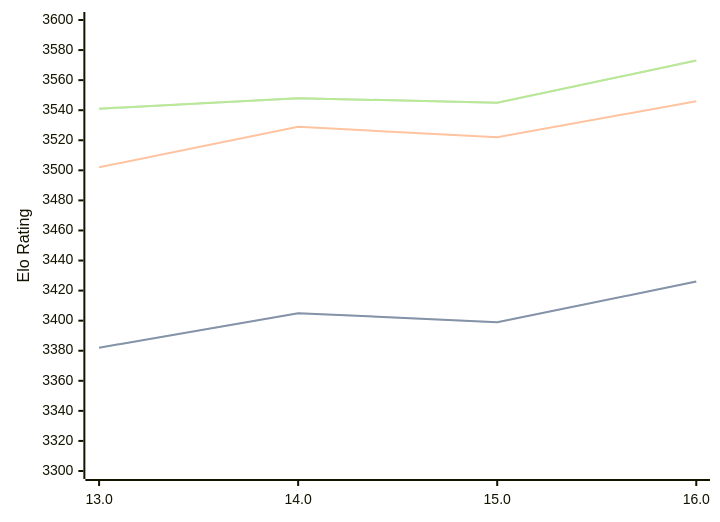
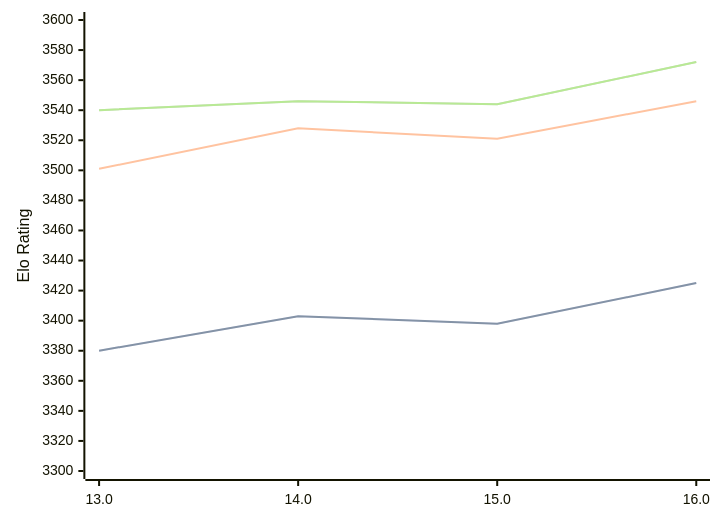
One commit to computer-chess-index/cci changed the diagram in engines/Obsidian.md. Above: the diagram before and after it, drawn with Mermaid. The commit also changed other lines of this file, not shown here.

Commit message:
Update CCI Ratings (ELO VLTC) - 2026-08-04

````diff
--- a/engines/Obsidian.md
+++ b/engines/Obsidian.md
@@ -43,11 +43,11 @@
 ```mermaid
 %%{init: {"theme":"base","themeVariables":{"seriesColors:['#a3a3a3','#222221','#faa371']}}}%%
 xychart-beta
   x-axis ["13.0", "14.0", "15.0", "16.0"]
   y-axis "Elo Rating" 3300 --> 3600
-  line "STC (8.0+0.08s)" [3382, 3405, 3399, 3426]
-  line "STC (8.0+0.08s)" [3382, 3405, 3399, 3426]
-  line "LTC (60.0+0.60s)" [3502, 3529, 3522, 3546]
-  line "VLTC (2m24s+1.12s)" [3541, 3548, 3545, 3573]
-  line "VLTC (2m24s+1.12s)" [3541, 3548, 3545, 3573]
+  line "STC (8.0+0.08s)" [3380, 3403, 3398, 3425]
+  line "STC (8.0+0.08s)" [3380, 3403, 3398, 3425]
+  line "LTC (60.0+0.60s)" [3501, 3528, 3521, 3546]
+  line "VLTC (2m24s+1.12s)" [3540, 3546, 3544, 3572]
+  line "VLTC (2m24s+1.12s)" [3540, 3546, 3544, 3572]
 ```
````
